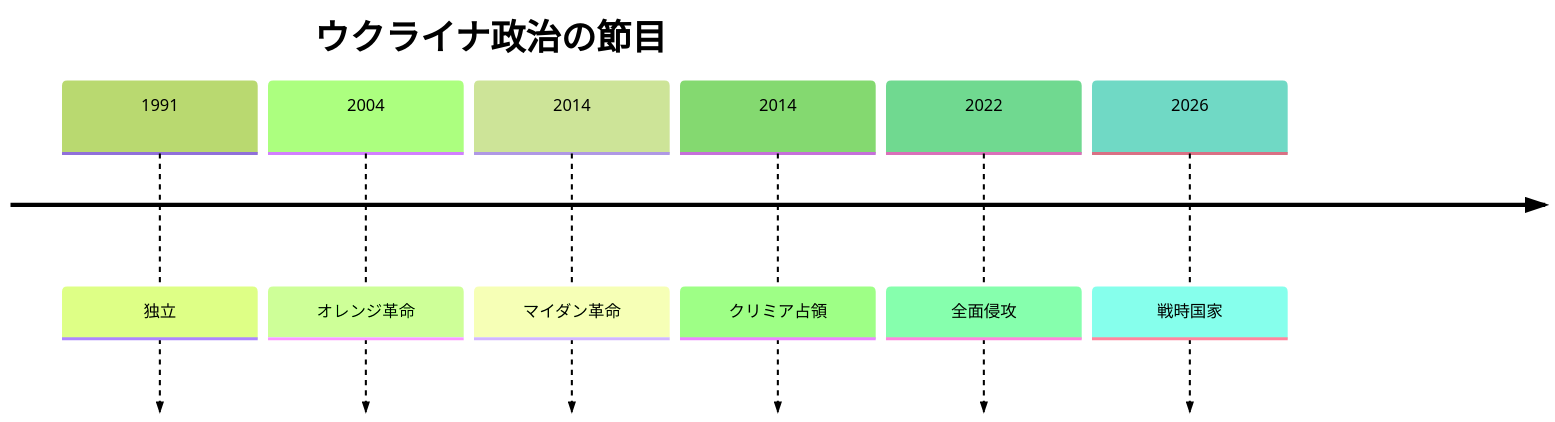
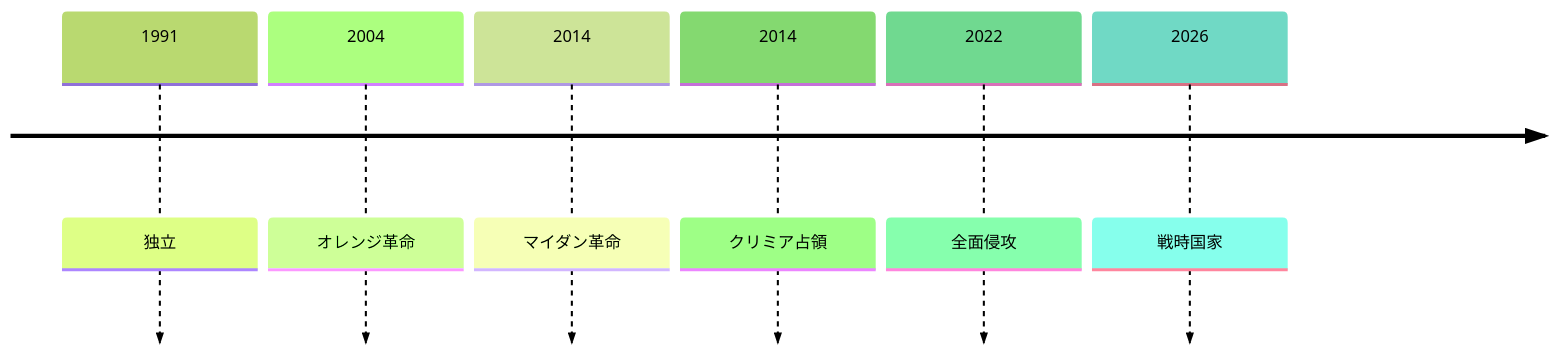
The second of 2 diagrams in articles/report/ukraine-geopolitical-profile/ja/index.mdx (daylight55/research), drawn with Mermaid (forest theme) before and after one commit. The commit also changed other lines of this file and 181 other files, not shown here.

First line of the commit message:
全記事の図解368点を再生成し、共通注意書きを削除 (#402)

````diff
--- a/articles/report/ukraine-geopolitical-profile/ja/index.mdx
+++ b/articles/report/ukraine-geopolitical-profile/ja/index.mdx
@@ -46,10 +53,13 @@
 ```mermaid
 timeline
-  title ウクライナ政治の節目
+  accTitle: ウクライナの独立・政変・侵攻の節目
+  accDescr: 独立、民主化運動、クリミア占領、全面侵攻、戦時統治を年代で並べる。
+  accTitle: ウクライナの独立・政変・侵攻の節目
+  accDescr: 独立、民主化運動、クリミア占領、全面侵攻、戦時統治を年代で並べる。
   1991 : 独立
   2004 : オレンジ革命
   2014 : マイダン革命
   2014 : クリミア占領
   2022 : 全面侵攻
   2026 : 戦時国家
 ```
````
